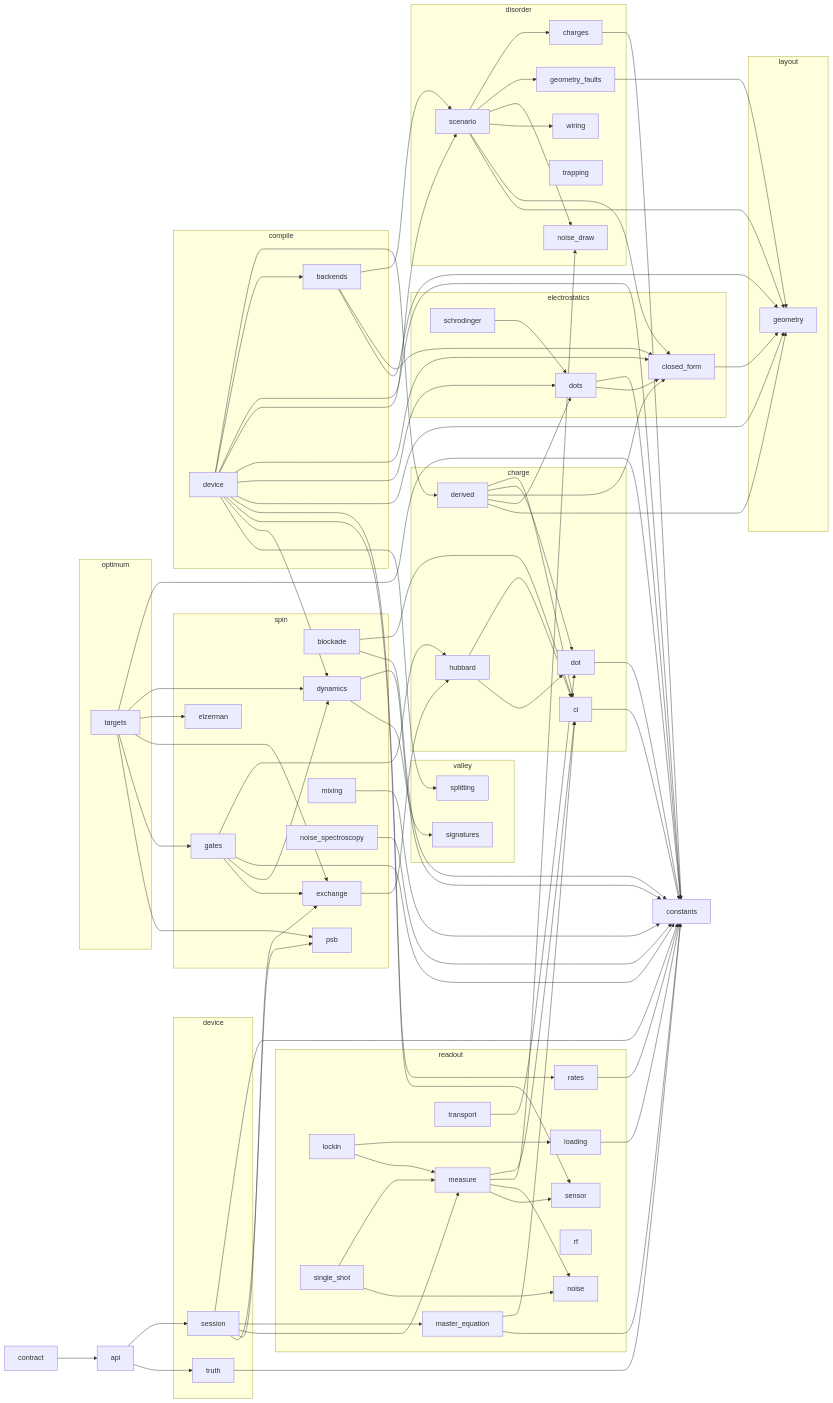
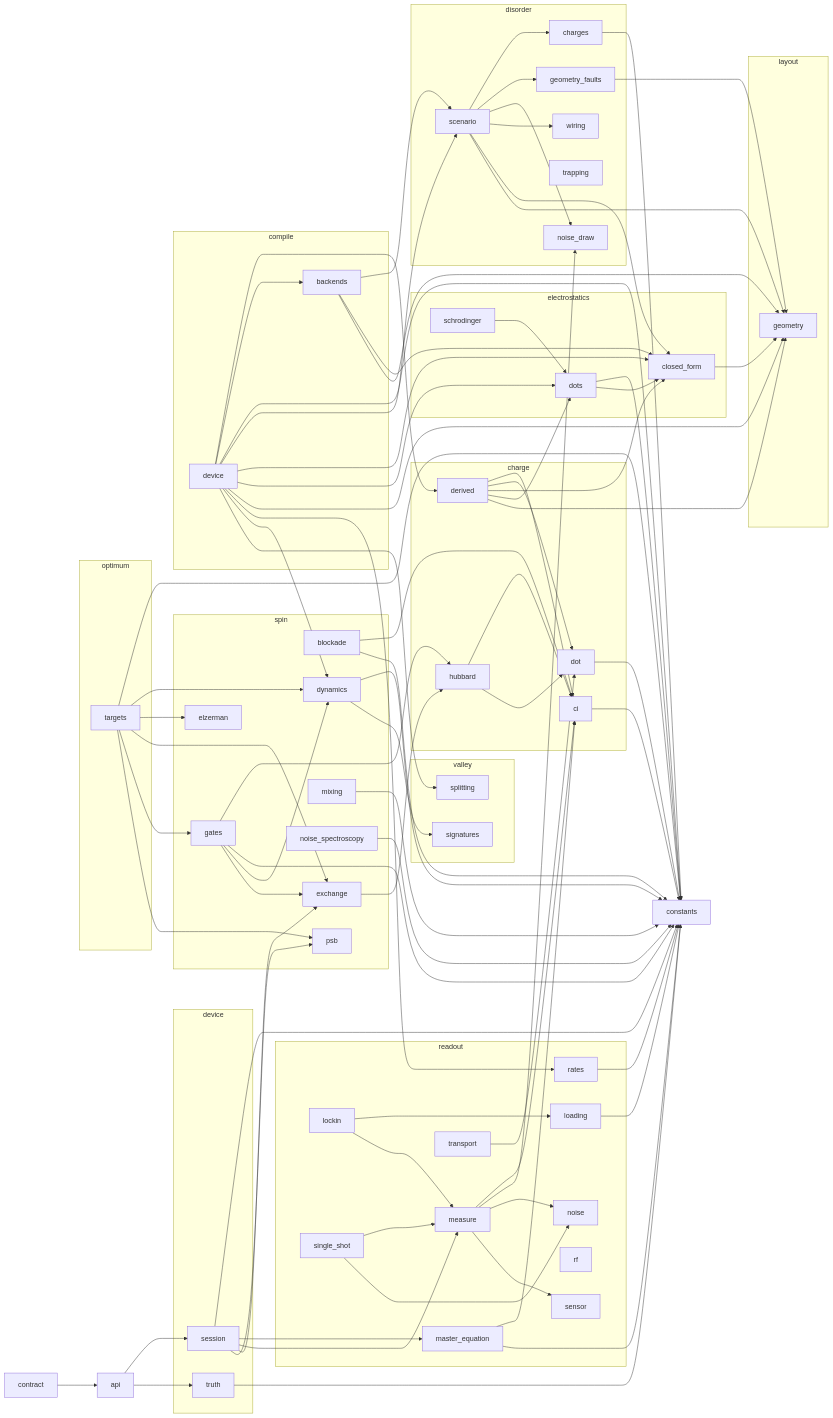
Before and after one commit to CowboyQuantum/phantom: the second of 2 diagrams in docs/MODELS.md, drawn with Mermaid. The commit also changed other lines of this file and 7 other files, not shown here.

First line of the commit message:
fix(device,compile): the compiled sensor carries the wiring draw's coupling asymmetry, in the set point and at runtime (#43)

```diff
--- a/docs/MODELS.md
+++ b/docs/MODELS.md
@@ -321,7 +321,6 @@
   compile_device --> electrostatics_dots
   compile_device --> layout_geometry
   compile_device --> readout_rates
-  compile_device --> readout_sensor
   compile_device --> spin_dynamics
   compile_device --> valley_splitting
   contract --> api
```
